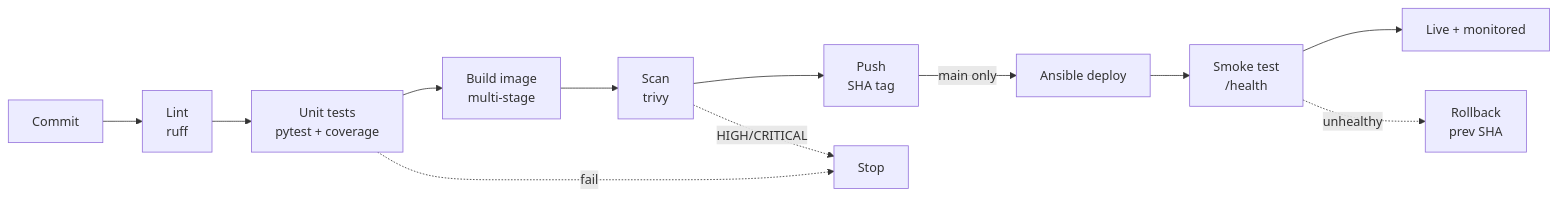
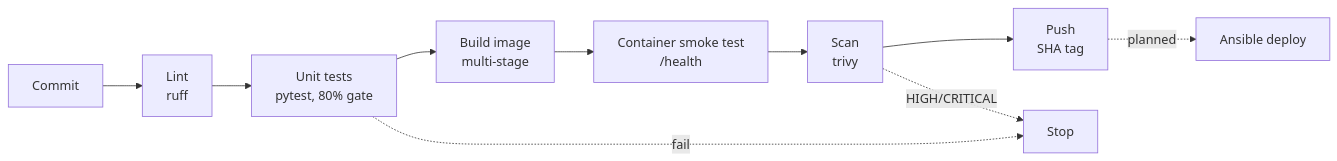
The second of 2 diagrams in README.md (myloo23/MilanProjA-Szakdoga), drawn with Mermaid before and after one commit. The commit also changed other lines of this file and 9 other files, not shown here.

````diff
--- a/README.md
+++ b/README.md
@@ -46,14 +48,12 @@
 ```mermaid
 flowchart LR
     A[Commit] --> B[Lint<br/>ruff]
-    B --> C[Unit tests<br/>pytest + coverage]
+    B --> C[Unit tests<br/>pytest, 80% gate]
     C --> D[Build image<br/>multi-stage]
-    D --> E[Scan<br/>trivy]
+    D --> S[Container smoke test<br/>/health]
+    S --> E[Scan<br/>trivy]
     E --> F[Push<br/>SHA tag]
-    F -->|main only| G[Ansible deploy]
-    G --> H[Smoke test<br/>/health]
-    H --> I[Live + monitored]
+    F -.->|planned| G[Ansible deploy]
     C -.fail.-> X[Stop]
     E -.HIGH/CRITICAL.-> X
-    H -.unhealthy.-> R[Rollback<br/>prev SHA]
 ```
````
